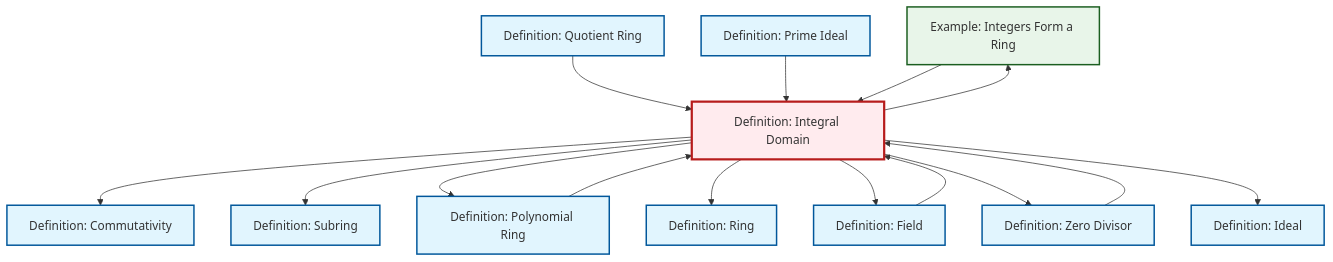
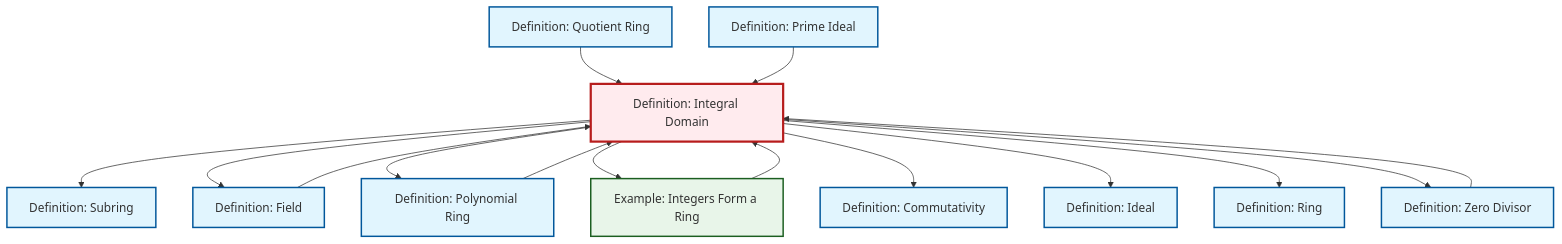
The diagram in content/en/algebra/def-integral-domain.qmd (RK0429/ModernMath), drawn with Mermaid before and after one commit. The commit also changed other lines of this file and 672 other files, not shown here.

````diff
--- a/content/en/algebra/def-integral-domain.qmd
+++ b/content/en/algebra/def-integral-domain.qmd
@@ -95,45 +95,45 @@
 ```{mermaid}
 %%| fig-cap: "Local dependency graph"
 graph TD
     classDef definition fill:#e1f5fe,stroke:#01579b,stroke-width:2px
     classDef theorem fill:#f3e5f5,stroke:#4a148c,stroke-width:2px
     classDef axiom fill:#fff3e0,stroke:#e65100,stroke-width:2px
     classDef example fill:#e8f5e9,stroke:#1b5e20,stroke-width:2px
     classDef current fill:#ffebee,stroke:#b71c1c,stroke-width:3px
-    ex-integers-ring["Example: Integers Form a Ring"]:::example
-    def-field["Definition: Field"]:::definition
-    def-ring["Definition: Ring"]:::definition
+    def-integral-domain["Definition: Integral Domain"]:::definition
+    def-commutativity["Definition: Commutativity"]:::definition
     def-subring["Definition: Subring"]:::definition
     def-prime-ideal["Definition: Prime Ideal"]:::definition
     def-quotient-ring["Definition: Quotient Ring"]:::definition
-    def-commutativity["Definition: Commutativity"]:::definition
+    def-ideal["Definition: Ideal"]:::definition
     def-polynomial-ring["Definition: Polynomial Ring"]:::definition
-    def-integral-domain["Definition: Integral Domain"]:::definition
-    def-ideal["Definition: Ideal"]:::definition
+    def-ring["Definition: Ring"]:::definition
     def-zero-divisor["Definition: Zero Divisor"]:::definition
-    def-field --> def-integral-domain
+    def-field["Definition: Field"]:::definition
+    ex-integers-ring["Example: Integers Form a Ring"]:::example
+    def-integral-domain --> def-subring
+    def-polynomial-ring --> def-integral-domain
+    def-quotient-ring --> def-integral-domain
+    def-zero-divisor --> def-integral-domain
+    def-integral-domain --> def-field
+    def-integral-domain --> def-polynomial-ring
     def-integral-domain --> ex-integers-ring
     def-integral-domain --> def-commutativity
-    def-quotient-ring --> def-integral-domain
     def-prime-ideal --> def-integral-domain
-    def-integral-domain --> def-subring
-    def-integral-domain --> def-polynomial-ring
+    def-integral-domain --> def-ideal
     ex-integers-ring --> def-integral-domain
-    def-polynomial-ring --> def-integral-domain
+    def-field --> def-integral-domain
     def-integral-domain --> def-ring
-    def-zero-divisor --> def-integral-domain
-    def-integral-domain --> def-field
     def-integral-domain --> def-zero-divisor
-    def-integral-domain --> def-ideal
     class def-integral-domain current
-    click ex-integers-ring "ex-integers-ring.html" "Go to Integers Form a Ring example"
-    click def-field "def-field.html" "Go to Field definition"
-    click def-ring "def-ring.html" "Go to Ring definition"
+    click def-commutativity "def-commutativity.html" "Go to Commutativity definition"
     click def-subring "def-subring.html" "Go to Subring definition"
     click def-prime-ideal "def-prime-ideal.html" "Go to Prime Ideal definition"
     click def-quotient-ring "def-quotient-ring.html" "Go to Quotient Ring definition"
-    click def-commutativity "def-commutativity.html" "Go to Commutativity definition"
+    click def-ideal "def-ideal.html" "Go to Ideal definition"
     click def-polynomial-ring "def-polynomial-ring.html" "Go to Polynomial Ring definition"
-    click def-ideal "def-ideal.html" "Go to Ideal definition"
+    click def-ring "def-ring.html" "Go to Ring definition"
     click def-zero-divisor "def-zero-divisor.html" "Go to Zero Divisor definition"
+    click def-field "def-field.html" "Go to Field definition"
+    click ex-integers-ring "ex-integers-ring.html" "Go to Integers Form a Ring example"
 ```
````
